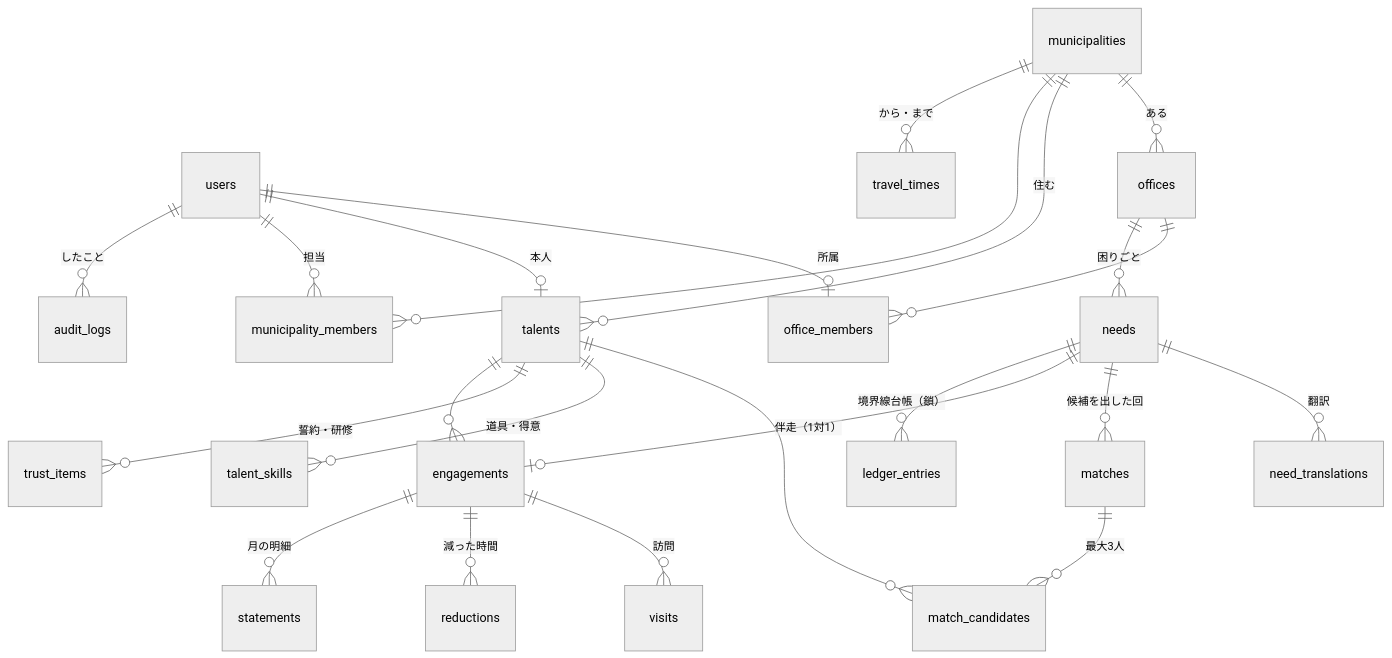
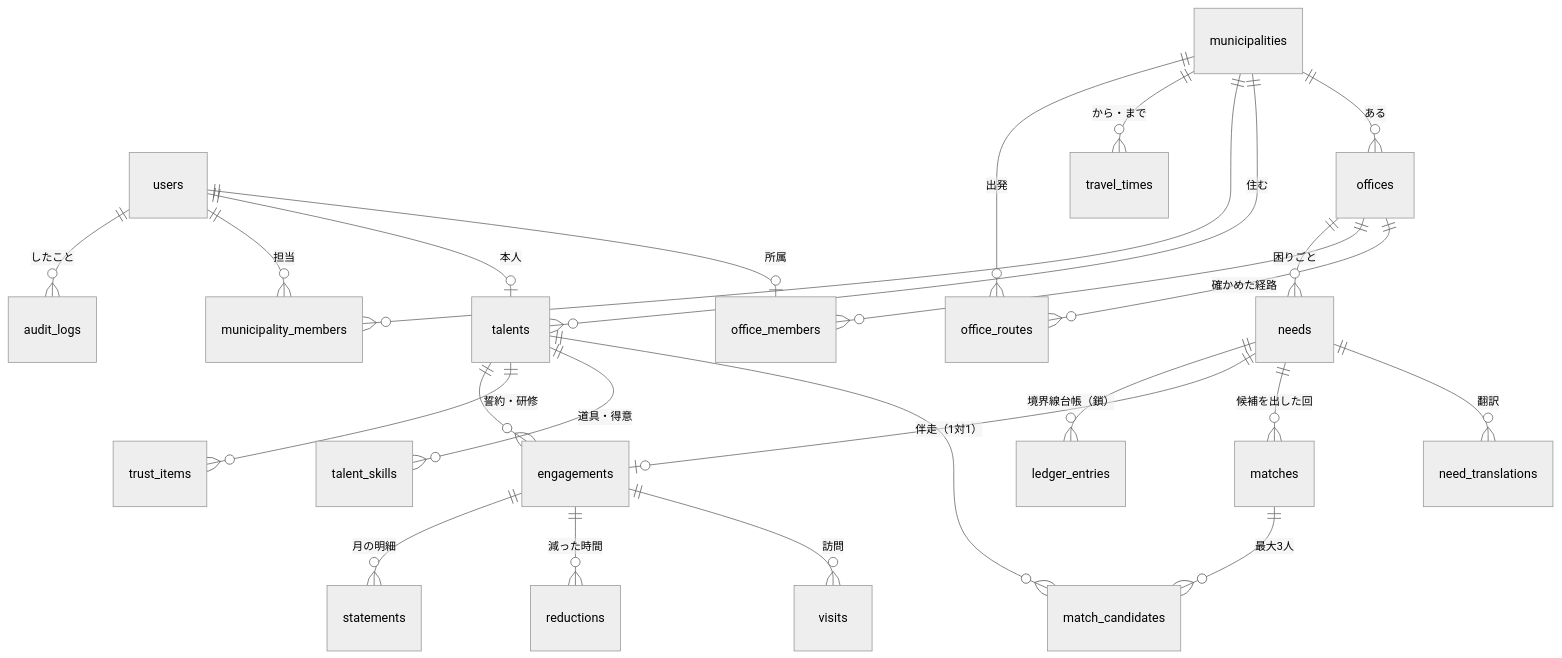
Before and after one commit to TannaiTomoya/tsunagudake-app: the first of 2 diagrams in docs/03-detailed-design.md, drawn with Mermaid (neutral theme). The commit also changed other lines of this file and 40 other files, not shown here.

````diff
--- a/docs/03-detailed-design.md
+++ b/docs/03-detailed-design.md
@@ -32,25 +32,27 @@
 ```mermaid
 erDiagram
   users ||--o| office_members : "所属"
   users ||--o| talents : "本人"
   users ||--o{ municipality_members : "担当"
   municipalities ||--o{ offices : "ある"
   municipalities ||--o{ talents : "住む"
   municipalities ||--o{ municipality_members : ""
   municipalities ||--o{ travel_times : "から・まで"
+  offices ||--o{ office_routes : "確かめた経路"
+  municipalities ||--o{ office_routes : "出発"
   offices ||--o{ office_members : ""
   offices ||--o{ needs : "困りごと"
   needs ||--o{ need_translations : "翻訳"
   needs ||--o{ matches : "候補を出した回"
   matches ||--o{ match_candidates : "最大3人"
   talents ||--o{ match_candidates : ""
   talents ||--o{ talent_skills : "道具・得意"
   talents ||--o{ trust_items : "誓約・研修"
   needs ||--o| engagements : "伴走（1対1）"
   talents ||--o{ engagements : ""
   engagements ||--o{ visits : "訪問"
   engagements ||--o{ reductions : "減った時間"
   engagements ||--o{ statements : "月の明細"
   needs ||--o{ ledger_entries : "境界線台帳（鎖）"
   users ||--o{ audit_logs : "したこと"
 ```
````
